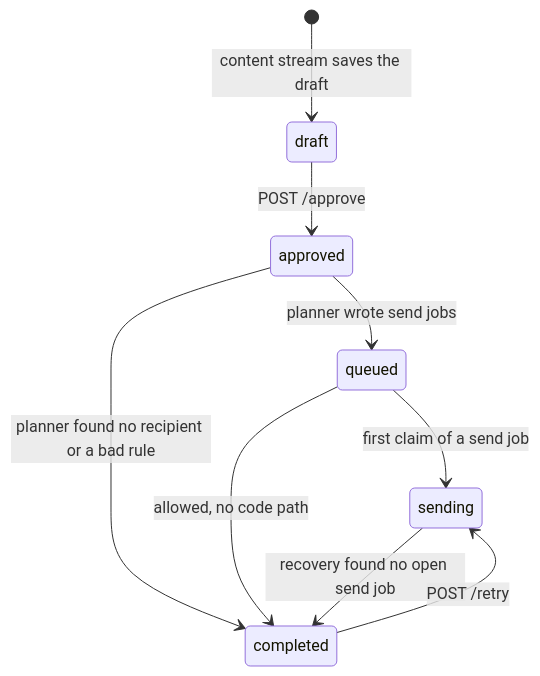
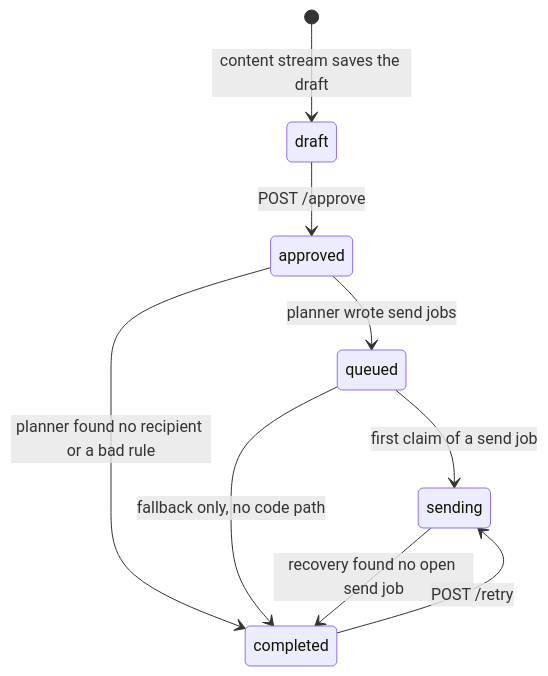
Before and after one commit to atakan99/insider_one_case_study: the first of 7 diagrams in docs/state-machines.md, drawn with Mermaid. The commit also changed other lines of this file and 24 other files, not shown here.

````diff
--- a/docs/state-machines.md
+++ b/docs/state-machines.md
@@ -20,11 +20,11 @@
 ```mermaid
 stateDiagram-v2
     [*] --> draft: content stream saves the draft
     draft --> approved: POST /approve
     approved --> queued: planner wrote send jobs
     approved --> completed: planner found no recipient or a bad rule
     queued --> sending: first claim of a send job
-    queued --> completed: allowed, no code path
+    queued --> completed: fallback only, no code path
     sending --> completed: recovery found no open send job
     completed --> sending: POST /retry
 ```
````
